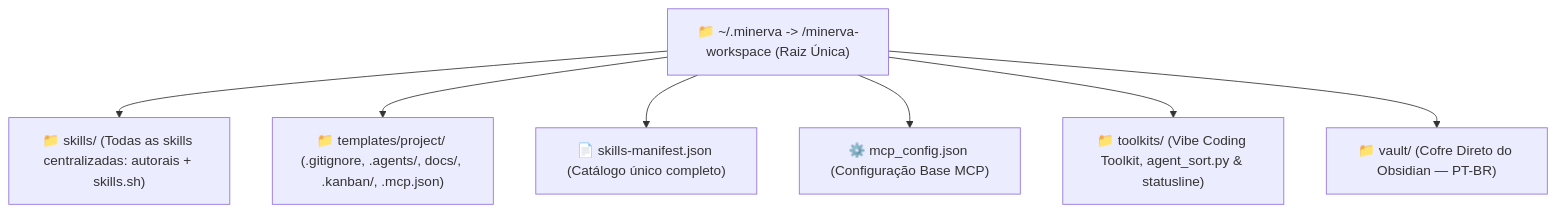
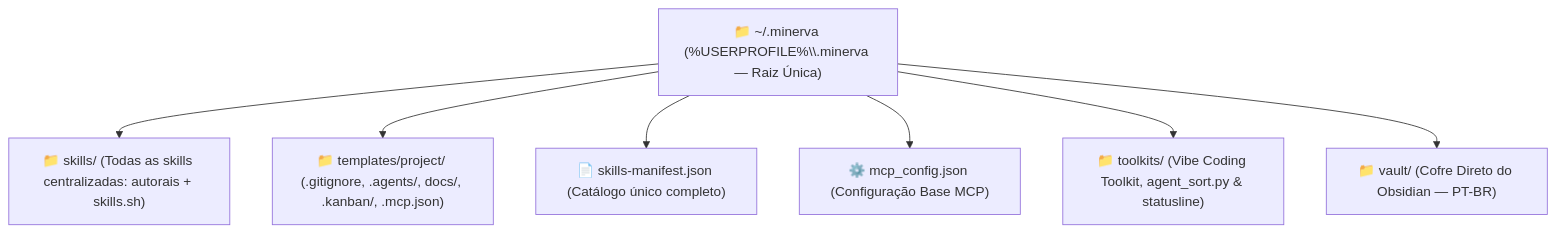
The first of 2 diagrams in vault/_Arquitetura e Documentação do Ecossistema.md (lk-feitosa/minerva-workspace), drawn with Mermaid before and after one commit. The commit also changed other lines of this file and 11 other files, not shown here.

````diff
--- a/vault/_Arquitetura e Documentação do Ecossistema.md
+++ b/vault/_Arquitetura e Documentação do Ecossistema.md
@@ -34,11 +34,11 @@
 ```mermaid
 graph TD
-    REPO["📁 ~/.minerva -> <WORKDIR>/minerva-workspace (Raiz Única)"]
+    REPO["📁 ~/.minerva (%USERPROFILE%\\.minerva — Raiz Única)"]
     
     REPO --> SKILLS["📁 skills/ (Todas as skills centralizadas: autorais + skills.sh)"]
     REPO --> TEMPLATES["📁 templates/project/ (.gitignore, .agents/, docs/, .kanban/, .mcp.json)"]
     REPO --> MANIFEST["📄 skills-manifest.json (Catálogo único completo)"]
     REPO --> MCP_CFG["⚙️ mcp_config.json (Configuração Base MCP)"]
     REPO --> TOOLKITS["📁 toolkits/ (Vibe Coding Toolkit, agent_sort.py & statusline)"]
     REPO --> VAULT["📁 vault/ (Cofre Direto do Obsidian — PT-BR)"]
 ```
````
